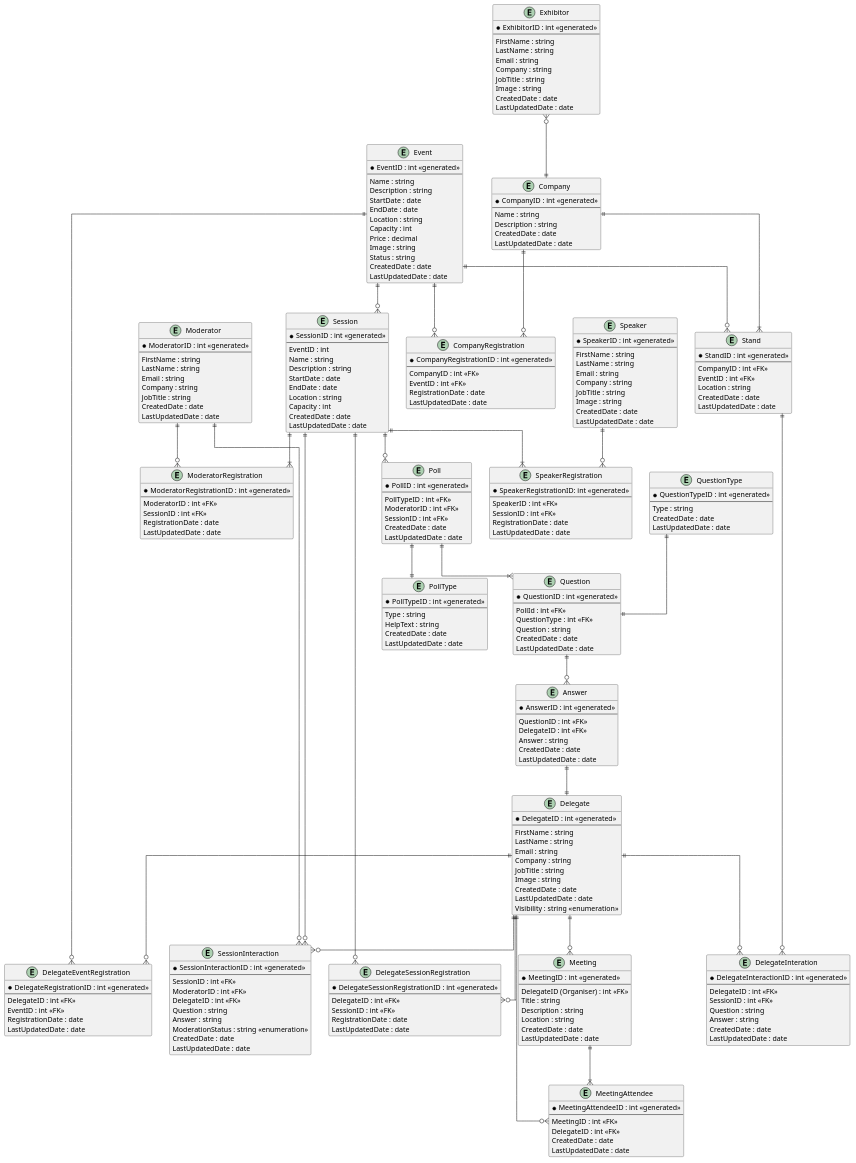
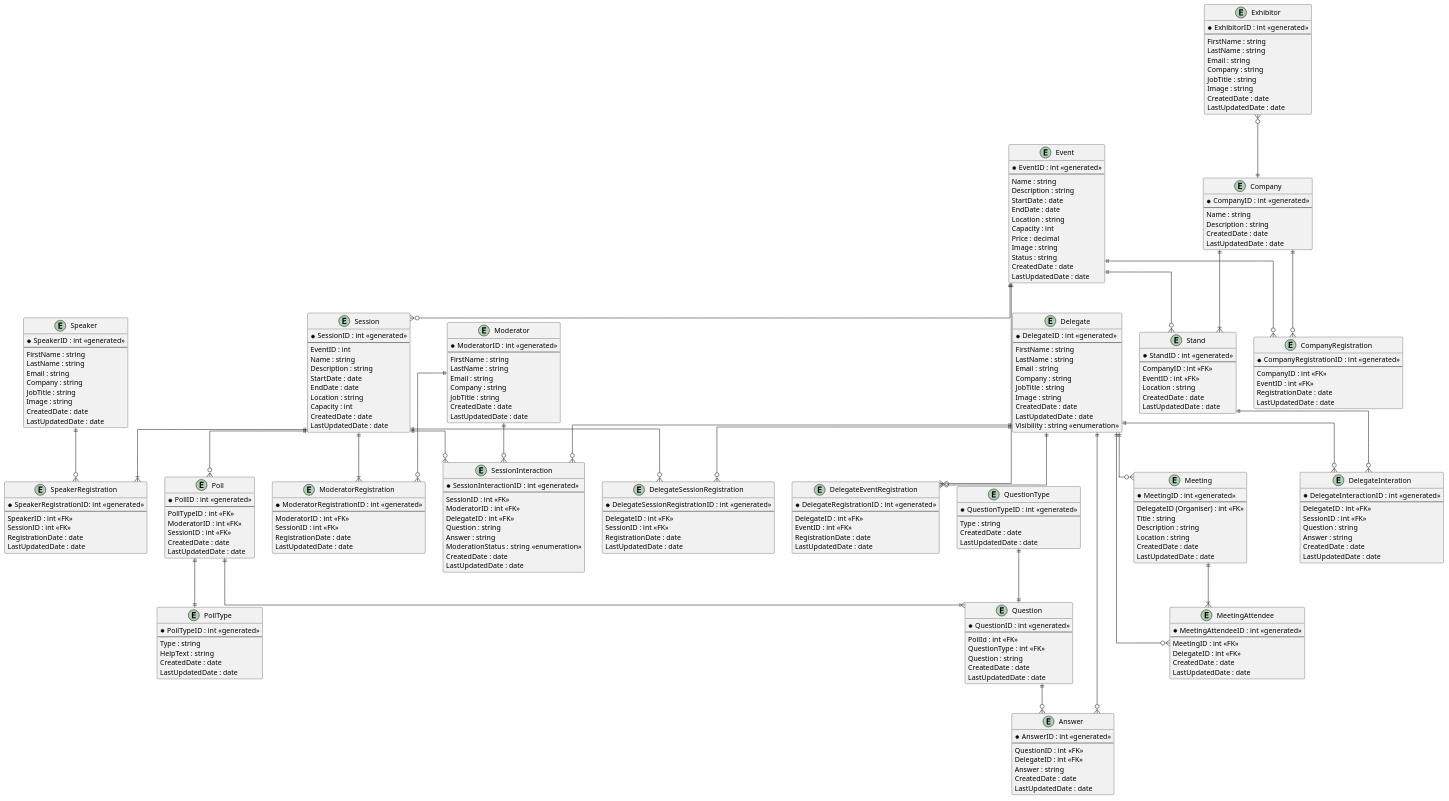
Before and after one commit to CSC-40084-Group-7/BMI2-UML: the diagram in BookMeIn2-EntityRelationshipDiagram.puml, drawn with PlantUML. The commit also changed 1 other file, not shown here.

Commit message:
update erd

```diff
--- a/BookMeIn2-EntityRelationshipDiagram.puml
+++ b/BookMeIn2-EntityRelationshipDiagram.puml
@@ -289,9 +289,9 @@
 poll ||--|| polltype
 poll ||--|{ question
 question ||--o{ answer
+delegate ||--o{ answer
 
 session ||--o{ poll
-answer ||--|| delegate
 
 delegate ||--o{ meetingattendee
 delegate ||--o{ meeting
```
